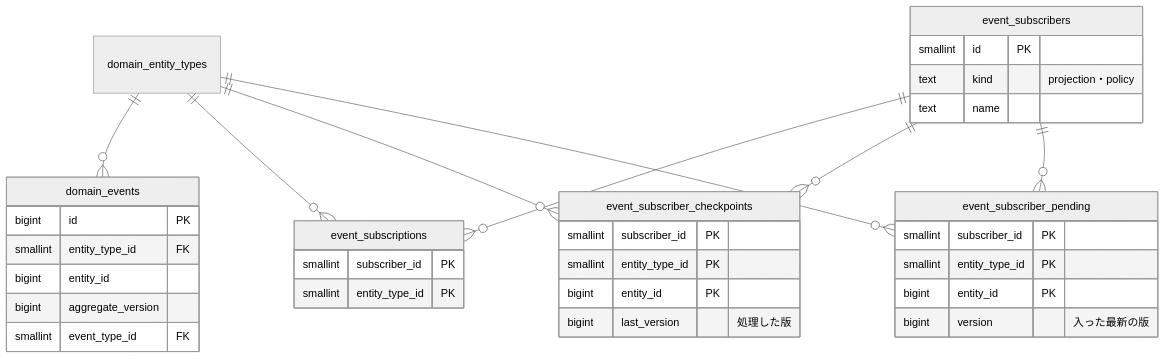
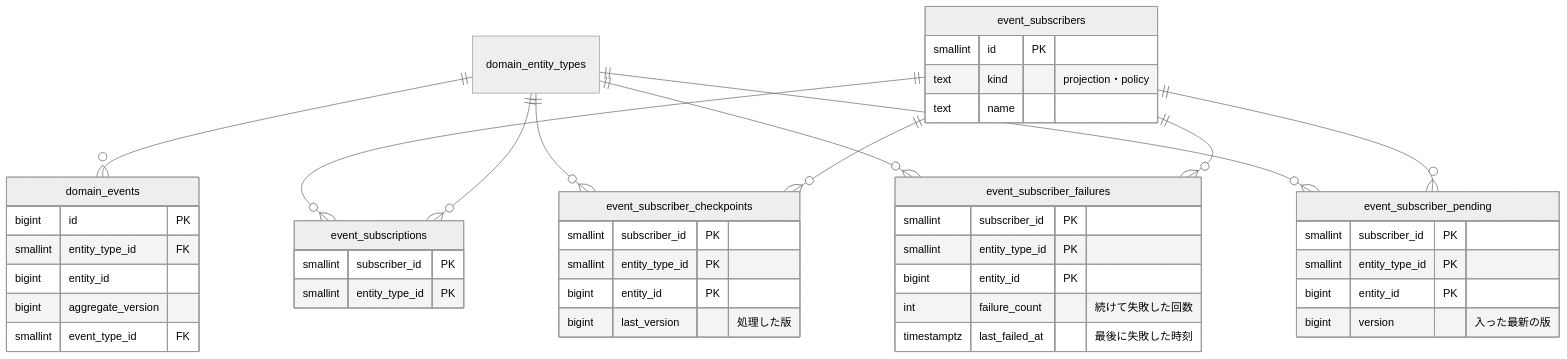
Before and after one commit to aimerzarashi/cardicedge-core: the third of 4 diagrams in internal/eventdriven/README.md, drawn with Mermaid (neutral theme). The commit also changed other lines of this file and 32 other files, not shown here.

````diff
--- a/internal/eventdriven/README.md
+++ b/internal/eventdriven/README.md
@@ -86,39 +91,48 @@
 ```mermaid
 erDiagram
   domain_entity_types ||--o{ domain_events : ""
   domain_entity_types ||--o{ event_subscriptions : ""
   event_subscribers ||--o{ event_subscriptions : ""
   event_subscribers ||--o{ event_subscriber_checkpoints : ""
   event_subscribers ||--o{ event_subscriber_pending : ""
+  event_subscribers ||--o{ event_subscriber_failures : ""
+  domain_entity_types ||--o{ event_subscriber_failures : ""
   domain_entity_types ||--o{ event_subscriber_checkpoints : ""
   domain_entity_types ||--o{ event_subscriber_pending : ""
 
   domain_events {
     bigint id PK
     smallint entity_type_id FK
     bigint entity_id
     bigint aggregate_version
     smallint event_type_id FK
   }
   event_subscribers {
     smallint id PK
     text kind "projection・policy"
     text name
   }
   event_subscriptions {
     smallint subscriber_id PK
     smallint entity_type_id PK
   }
   event_subscriber_checkpoints {
     smallint subscriber_id PK
     smallint entity_type_id PK
     bigint entity_id PK
     bigint last_version "処理した版"
   }
   event_subscriber_pending {
     smallint subscriber_id PK
     smallint entity_type_id PK
     bigint entity_id PK
     bigint version "入った最新の版"
   }
+  event_subscriber_failures {
+    smallint subscriber_id PK
+    smallint entity_type_id PK
+    bigint entity_id PK
+    int failure_count "続けて失敗した回数"
+    timestamptz last_failed_at "最後に失敗した時刻"
+  }
 ```
````
